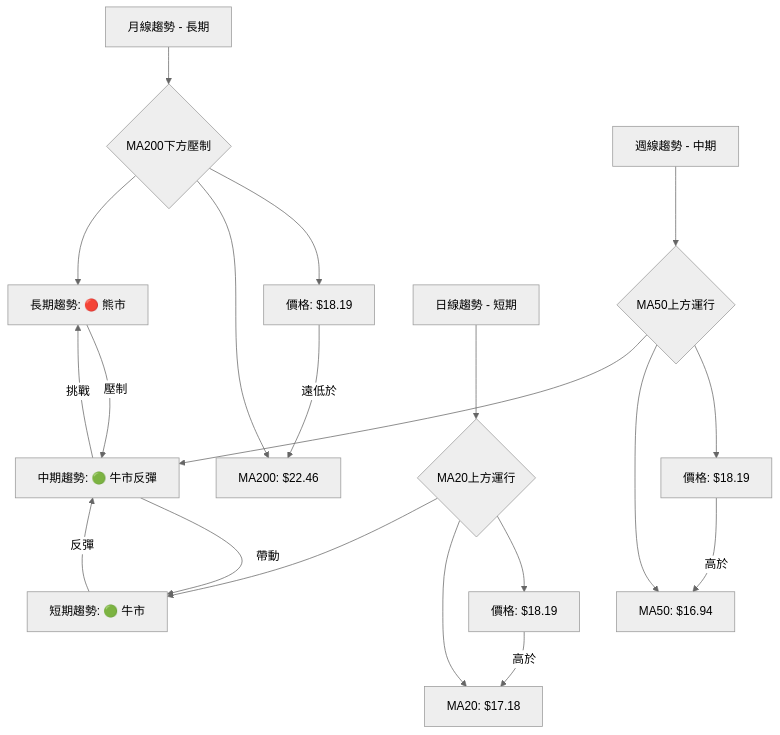
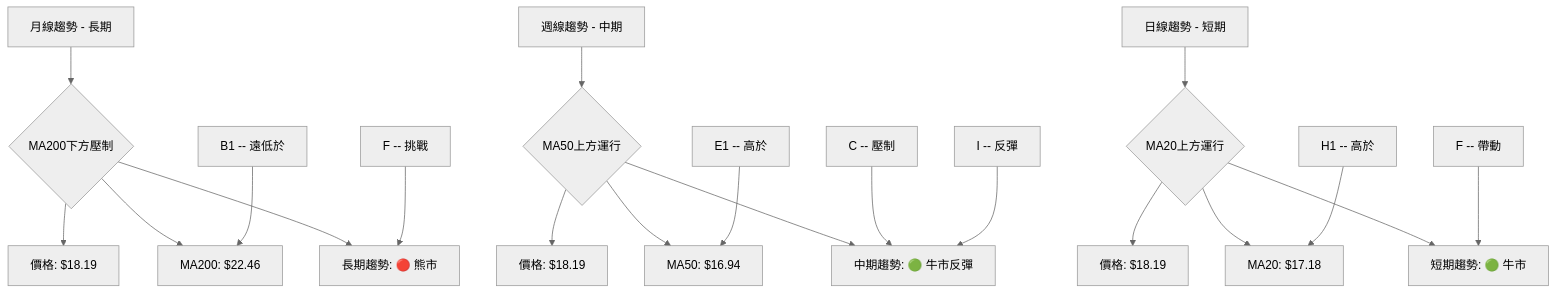
Before and after one commit to yennanliu/finance_data: the second of 9 diagrams in ai_gen_report/stock/sofi/technical_analysis_2026-06-29_gemini-2.md, drawn with Mermaid (neutral theme). The commit also changed other lines of this file and 2258 other files, not shown here.

First line of the commit message:
chore: backfill Mermaid syntax repair across existing reports

````diff
--- a/ai_gen_report/stock/sofi/technical_analysis_2026-06-29_gemini-2.md
+++ b/ai_gen_report/stock/sofi/technical_analysis_2026-06-29_gemini-2.md
@@ -126,25 +126,25 @@
 ```mermaid
 graph TD
-    A[月線趨勢 - 長期] --> B{MA200下方壓制}
-    B --> B1[價格: $18.19]
-    B --> B2[MA200: $22.46]
-    B1 -- 遠低於 --> B2
-    B --> C[長期趨勢: 🔴 熊市]
+    A["月線趨勢 - 長期"] --> B{"MA200下方壓制"}
+    B --> B1["價格: $18.19"]
+    B --> B2["MA200: $22.46"]
+    nb1["B1 -- 遠低於"] --> B2
+    B --> C["長期趨勢: 🔴 熊市"]
 
-    D[週線趨勢 - 中期] --> E{MA50上方運行}
-    E --> E1[價格: $18.19]
-    E --> E2[MA50: $16.94]
-    E1 -- 高於 --> E2
-    E --> F[中期趨勢: 🟢 牛市反彈]
+    D["週線趨勢 - 中期"] --> E{"MA50上方運行"}
+    E --> E1["價格: $18.19"]
+    E --> E2["MA50: $16.94"]
+    nb2["E1 -- 高於"] --> E2
+    E --> F["中期趨勢: 🟢 牛市反彈"]
 
-    G[日線趨勢 - 短期] --> H{MA20上方運行}
-    H --> H1[價格: $18.19]
-    H --> H2[MA20: $17.18]
-    H1 -- 高於 --> H2
-    H --> I[短期趨勢: 🟢 牛市]
+    G["日線趨勢 - 短期"] --> H{"MA20上方運行"}
+    H --> H1["價格: $18.19"]
+    H --> H2["MA20: $17.18"]
+    nb3["H1 -- 高於"] --> H2
+    H --> I["短期趨勢: 🟢 牛市"]
 
-    C -- 壓制 --> F
-    F -- 帶動 --> I
-    I -- 反彈 --> F
-    F -- 挑戰 --> C
+    nb4["C -- 壓制"] --> F
+    nb5["F -- 帶動"] --> I
+    nb6["I -- 反彈"] --> F
+    nb7["F -- 挑戰"] --> C
 ```
````
